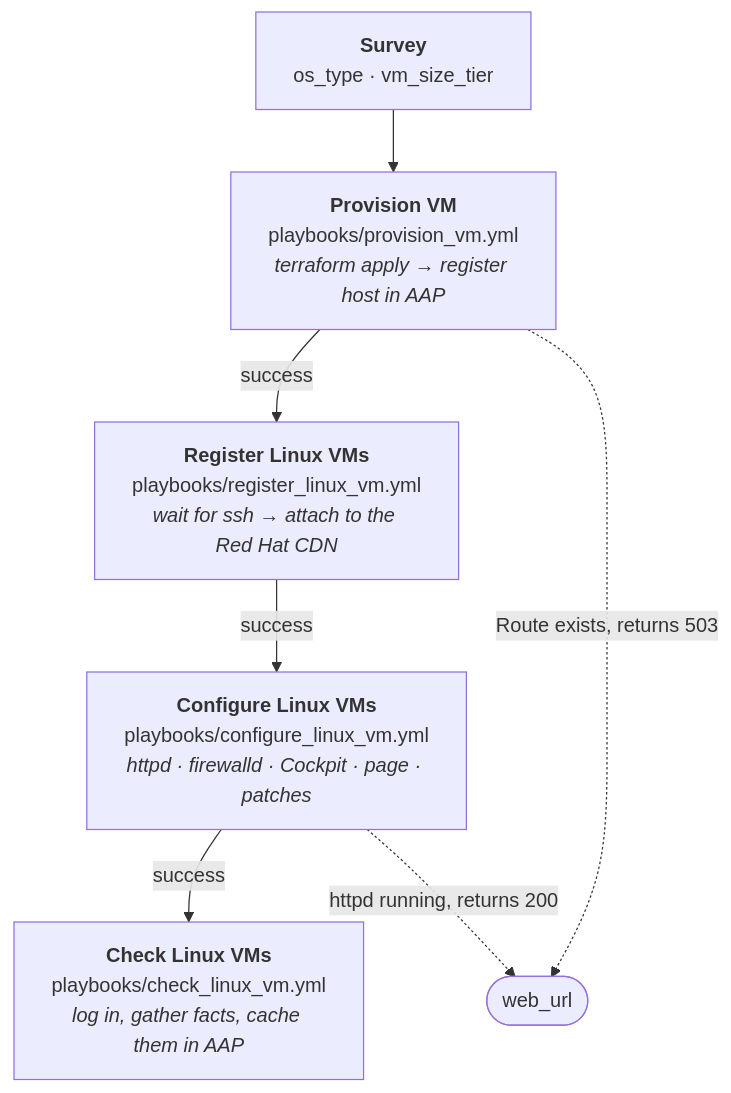
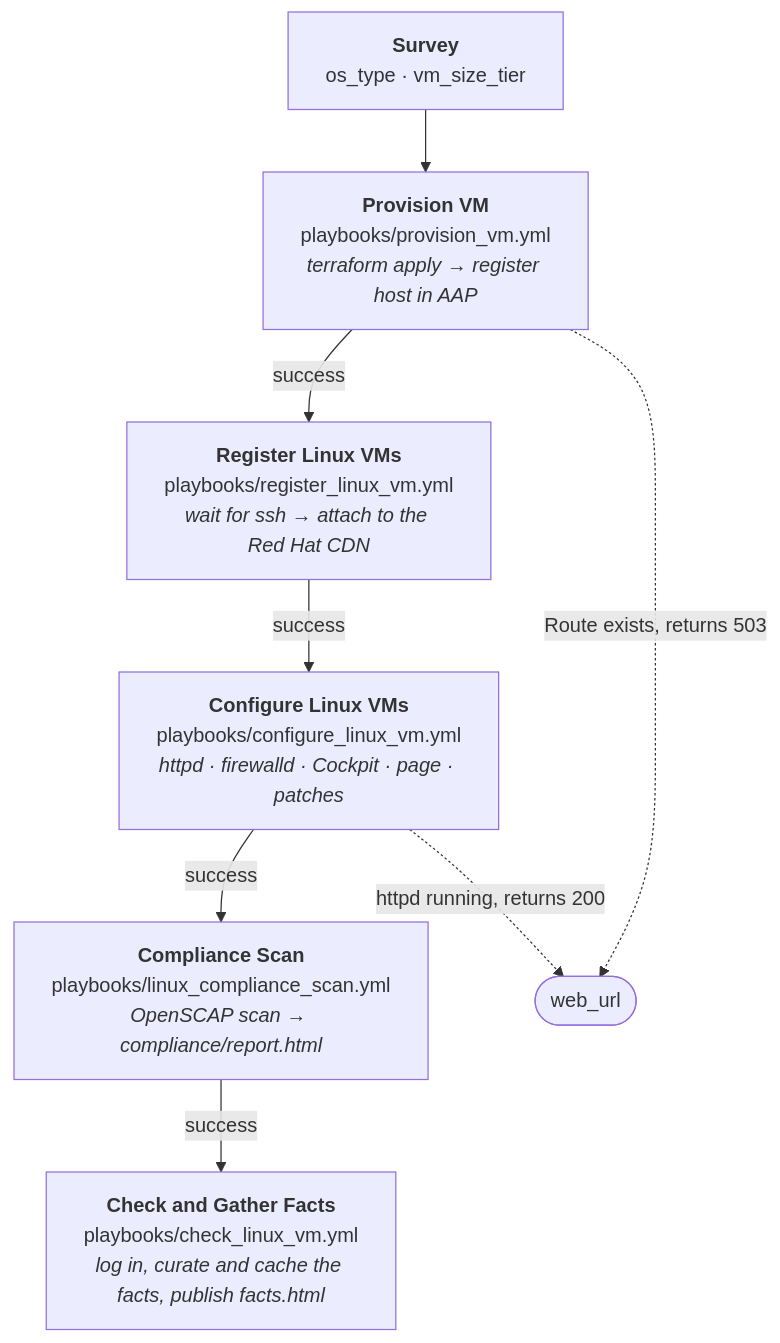
One commit to ericcames/sales.demos-docs changed the diagram in docs/demos/openshift-virtualization/architecture.md. Above: the diagram before and after it, drawn with Mermaid. The commit also changed other lines of this file and 7 other files, not shown here.

````diff
--- a/docs/demos/openshift-virtualization/architecture.md
+++ b/docs/demos/openshift-virtualization/architecture.md
@@ -17,16 +17,18 @@
 ```mermaid
 flowchart TD
     S["<b>Survey</b><br/>os_type · vm_size_tier"] --> P
 
     P["<b>Provision VM</b><br/>playbooks/provision_vm.yml<br/><i>terraform apply → register host in AAP</i>"]
     R["<b>Register Linux VMs</b><br/>playbooks/register_linux_vm.yml<br/><i>wait for ssh → attach to the Red Hat CDN</i>"]
     C["<b>Configure Linux VMs</b><br/>playbooks/configure_linux_vm.yml<br/><i>httpd · firewalld · Cockpit · page · patches</i>"]
-    K["<b>Check Linux VMs</b><br/>playbooks/check_linux_vm.yml<br/><i>log in, gather facts, cache them in AAP</i>"]
+    A["<b>Compliance Scan</b><br/>playbooks/linux_compliance_scan.yml<br/><i>OpenSCAP scan → compliance/report.html</i>"]
+    K["<b>Check and Gather Facts</b><br/>playbooks/check_linux_vm.yml<br/><i>log in, curate and cache the facts, publish facts.html</i>"]
 
     P -->|success| R
     R -->|success| C
-    C -->|success| K
+    C -->|success| A
+    A -->|success| K
 
     P -.->|"Route exists, returns 503"| W(["web_url"])
     C -.->|"httpd running, returns 200"| W
 ```
````
